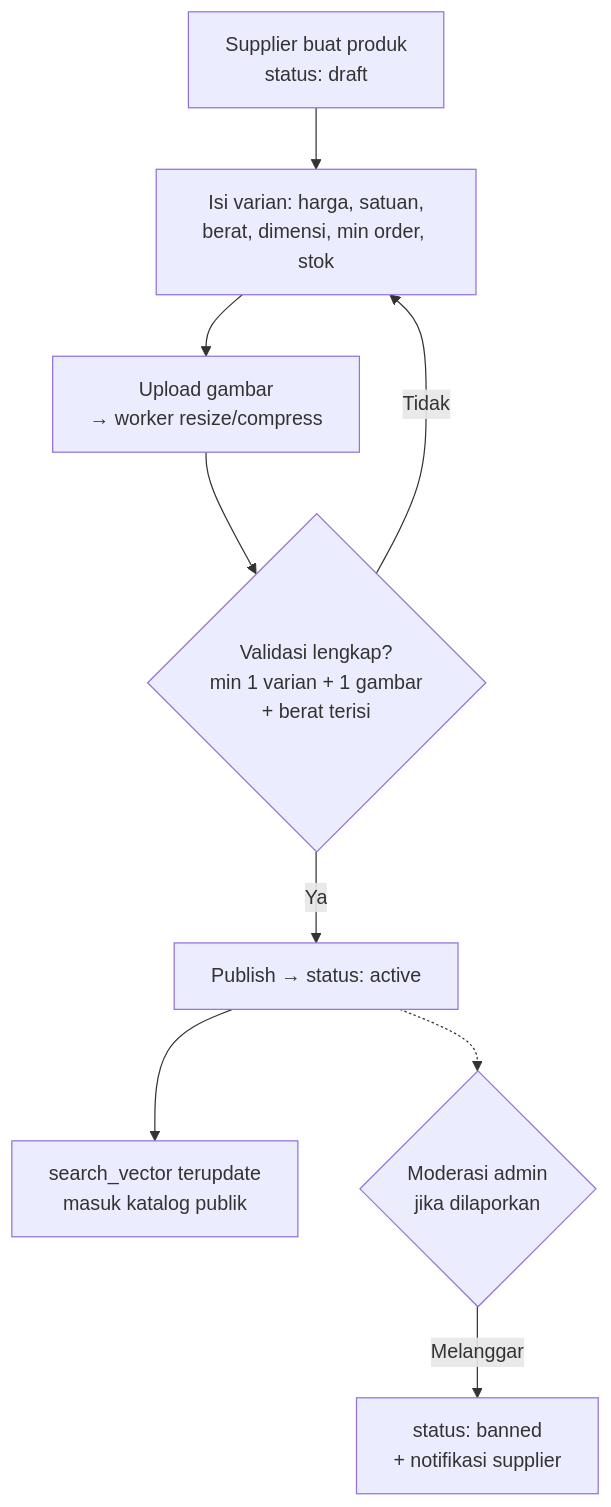
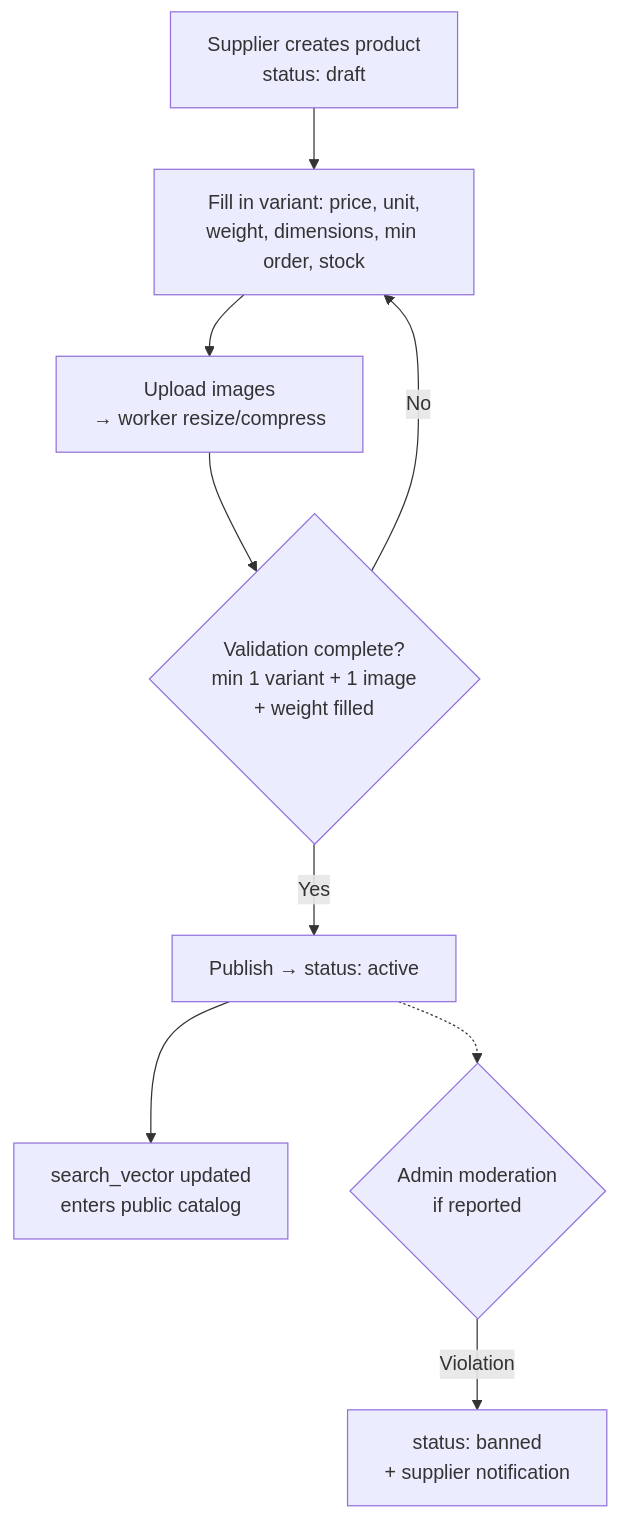
Before and after one commit to erdinhrmwn/bangunin-project: the tenth of 10 diagrams in docs/erd.md, drawn with Mermaid. The commit also changed other lines of this file and 6 other files, not shown here.

````diff
--- a/docs/erd.md
+++ b/docs/erd.md
@@ -519,11 +519,11 @@
 ```mermaid
 flowchart TD
-    A[Supplier buat produk\nstatus: draft] --> B[Isi varian: harga, satuan,\nberat, dimensi, min order, stok]
-    B --> C[Upload gambar\n→ worker resize/compress]
-    C --> D{Validasi lengkap?\nmin 1 varian + 1 gambar\n+ berat terisi}
-    D -- Tidak --> B
-    D -- Ya --> E[Publish → status: active]
-    E --> F[search_vector terupdate\nmasuk katalog publik]
-    E -.-> G{Moderasi admin\njika dilaporkan}
-    G -- Melanggar --> H[status: banned\n+ notifikasi supplier]
+    A[Supplier creates product\nstatus: draft] --> B[Fill in variant: price, unit,\nweight, dimensions, min order, stock]
+    B --> C[Upload images\n→ worker resize/compress]
+    C --> D{Validation complete?\nmin 1 variant + 1 image\n+ weight filled}
+    D -- No --> B
+    D -- Yes --> E[Publish → status: active]
+    E --> F[search_vector updated\nenters public catalog]
+    E -.-> G{Admin moderation\nif reported}
+    G -- Violation --> H[status: banned\n+ supplier notification]
 ```
````
